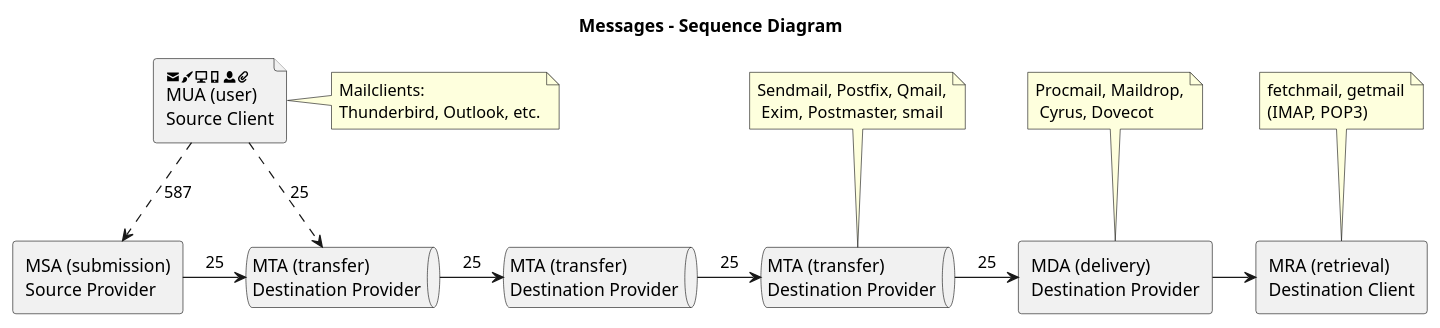
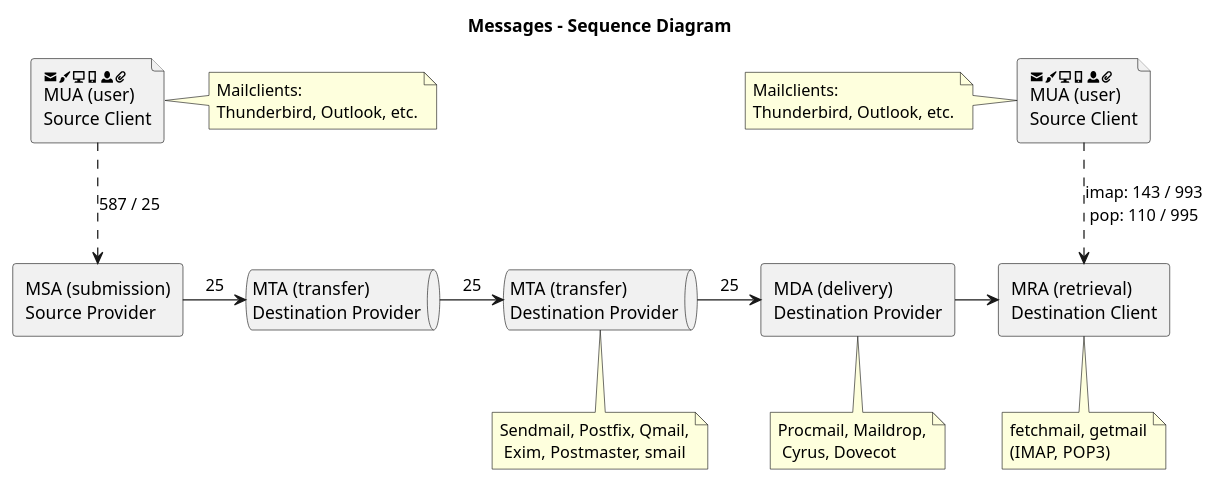
The diagram in 211.1.md (ogaida/lpic2), drawn with PlantUML before and after one commit. The commit also changed other lines of this file, not shown here.

````diff
--- a/211.1.md
+++ b/211.1.md
@@ -44,28 +44,27 @@
 ```plantuml
 @startuml
 
 title "Messages - Sequence Diagram"
 
 file "<&envelope-closed><&brush><&monitor><&phone><&person><&paperclip>\nMUA (user)\nSource Client" as MUA
 note right: Mailclients:\nThunderbird, Outlook, etc.
+file "<&envelope-closed><&brush><&monitor><&phone><&person><&paperclip>\nMUA (user)\nSource Client" as MUA2
+note left: Mailclients:\nThunderbird, Outlook, etc.
 agent "MSA (submission)\nSource Provider" as MSA
 queue "MTA (transfer)\nDestination Provider" as MTA1
 queue "MTA (transfer)\nDestination Provider" as MTA2
-queue "MTA (transfer)\nDestination Provider" as MTA3
-note top: Sendmail, Postfix, Qmail,\n Exim, Postmaster, smail
+note bottom: Sendmail, Postfix, Qmail,\n Exim, Postmaster, smail
 agent "MDA (delivery)\nDestination Provider" as MDA
-note top: Procmail, Maildrop,\n Cyrus, Dovecot
+note bottom: Procmail, Maildrop,\n Cyrus, Dovecot
 agent "MRA (retrieval)\nDestination Client" as MRA
-note top: fetchmail, getmail\n(IMAP, POP3)
+note bottom: fetchmail, getmail\n(IMAP, POP3)
 
-
-MUA ..> MSA : 587
-MUA ..> MTA1 : 25
+MUA ..> MSA : 587 / 25
 MSA -> MTA1 : 25
 MTA1 -> MTA2 : 25
-MTA2 -> MTA3 : 25
-MTA3 -> MDA : 25
+MTA2 -> MDA : 25
 MDA -> MRA
+MUA2 ..> MRA : "imap: 143 / 993\npop: 110 / 995"
 
 @enduml
 ```
````
